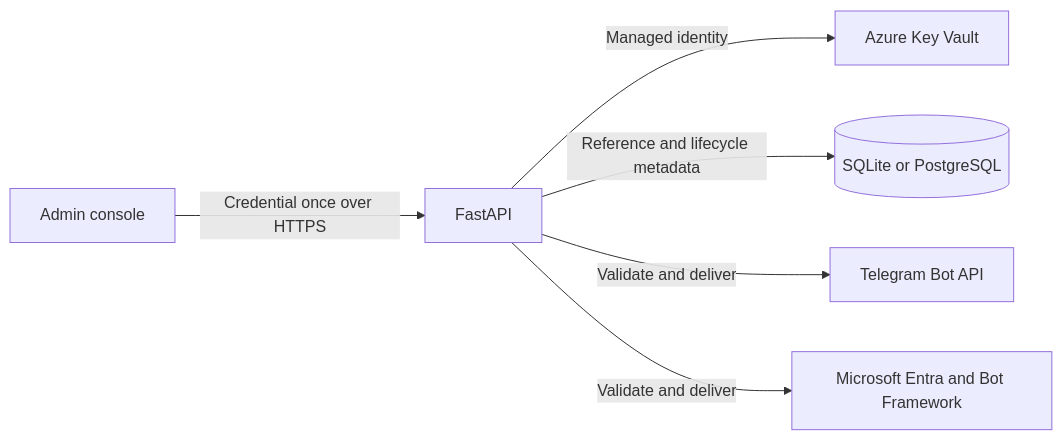
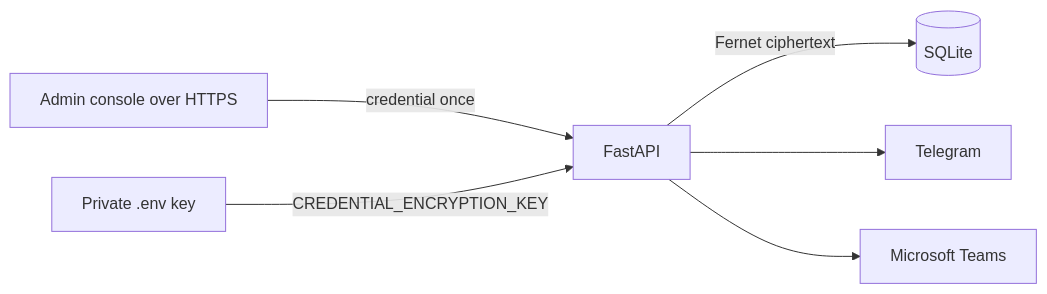
The diagram in docs/PRODUCTION-INTEGRATION-CREDENTIALS.md (realAaronWu/intelliKnow), drawn with Mermaid before and after one commit. The commit also changed other lines of this file and 22 other files, not shown here.

````diff
--- a/docs/PRODUCTION-INTEGRATION-CREDENTIALS.md
+++ b/docs/PRODUCTION-INTEGRATION-CREDENTIALS.md
@@ -26,8 +12,8 @@
 ```mermaid
 flowchart LR
-    UI[Admin console] -->|Credential once over HTTPS| API[FastAPI]
-    API -->|Managed identity| KV[Azure Key Vault]
-    API -->|Reference and lifecycle metadata| DB[(SQLite or PostgreSQL)]
-    API -->|Validate and deliver| TG[Telegram Bot API]
-    API -->|Validate and deliver| MS[Microsoft Entra and Bot Framework]
+    UI[Admin console over HTTPS] -->|credential once| API[FastAPI]
+    API -->|Fernet ciphertext| DB[(SQLite)]
+    ENV[Private .env key] -->|CREDENTIAL_ENCRYPTION_KEY| API
+    API --> TG[Telegram]
+    API --> MS[Microsoft Teams]
 ```
````
